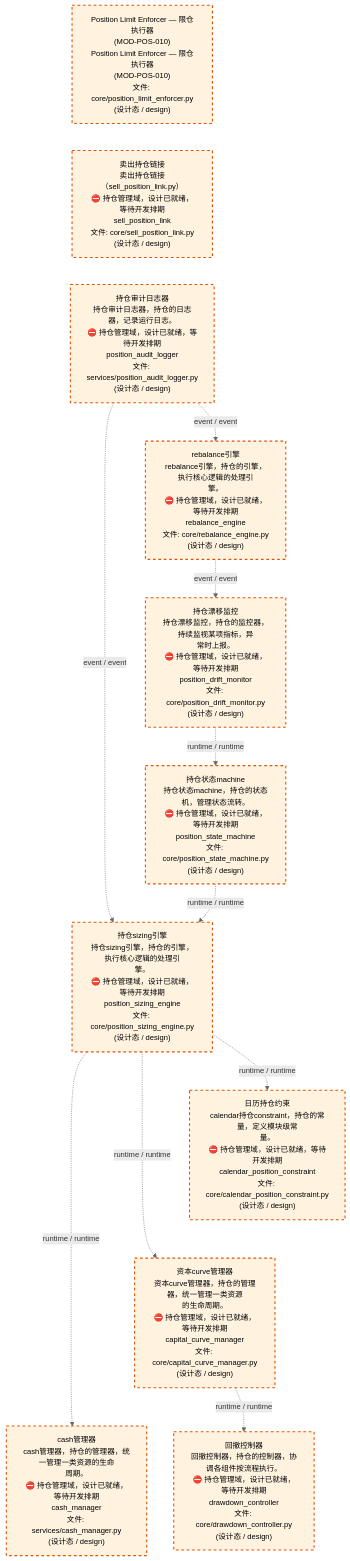
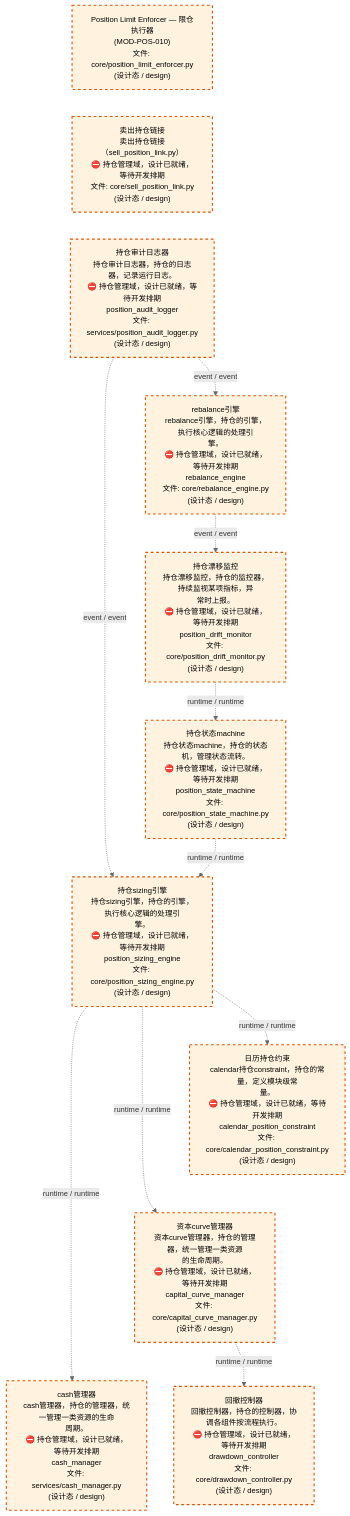
One commit to xuanFelixVan/ZephyrAlpha changed the third of 4 diagrams in docs/02_enterprise_architecture/02_domain_architecture_docs/64_d_position.md. Above: the diagram before and after it, drawn with Mermaid. The commit also changed other lines of this file and 60 other files, not shown here.

````diff
--- a/docs/02_enterprise_architecture/02_domain_architecture_docs/64_d_position.md
+++ b/docs/02_enterprise_architecture/02_domain_architecture_docs/64_d_position.md
@@ -118,33 +125,33 @@
 ```mermaid
 %%{init: {'theme': 'base', 'themeVariables': {'primaryColor': '#eaeaea', 'primaryTextColor': '#333333', 'primaryBorderColor': '#666666', 'lineColor': '#666666', 'secondaryColor': '#eaeaea', 'tertiaryColor': '#eaeaea', 'fontSize': '14px'}}}%%
 flowchart TD
-    src_zephyr_position_core_position_limit_enforcer_py["Position Limit Enforcer — 限仓执行器<br/>(MOD-POS-010)<br/>Position Limit Enforcer — 限仓执行器<br/>(MOD-POS-010)<br/>文件: core/position_limit_enforcer.py<br/>(设计态 / design)"]
-    src_zephyr_position_core_sell_position_link_py["卖出持仓链接<br/>卖出持仓链接（sell_position_link.py）<br/>⛔ 持仓管理域，设计已就绪，等待开发排期<br/>sell_position_link<br/>文件: core/sell_position_link.py<br/>(设计态 / design)"]
+    src_zephyr_position_core_position_limit_enforcer_py["Position Limit Enforcer — 限仓执行器<br/>(MOD-POS-010)<br/>文件: core/position_limit_enforcer.py<br/>(设计态 / design)"]
+    src_zephyr_position_core_sell_position_link_py["卖出持仓链接<br/>卖出持仓链接（sell_position_link.py）<br/>⛔ 持仓管理域，设计已就绪，等待开发排期<br/>文件: core/sell_position_link.py<br/>(设计态 / design)"]
     src_zephyr_position_services_position_audit_logger_py["持仓审计日志器<br/>持仓审计日志器，持仓的日志器，记录运行日志。<br/>⛔ 持仓管理域，设计已就绪，等待开发排期<br/>position_audit_logger<br/>文件: services/position_audit_logger.py<br/>(设计态 / design)"]
     src_zephyr_position_core_position_limit_enforcer_py ~~~ src_zephyr_position_core_sell_position_link_py
     src_zephyr_position_core_sell_position_link_py ~~~ src_zephyr_position_services_position_audit_logger_py
     src_zephyr_position_core_rebalance_engine_py["rebalance引擎<br/>rebalance引擎，持仓的引擎，执行核心逻辑的处理引<br/>擎。<br/>⛔ 持仓管理域，设计已就绪，等待开发排期<br/>rebalance_engine<br/>文件: core/rebalance_engine.py<br/>(设计态 / design)"]
     src_zephyr_position_core_position_drift_monitor_py["持仓漂移监控<br/>持仓漂移监控，持仓的监控器，持续监视某项指标，异<br/>常时上报。<br/>⛔ 持仓管理域，设计已就绪，等待开发排期<br/>position_drift_monitor<br/>文件: core/position_drift_monitor.py<br/>(设计态 / design)"]
     src_zephyr_position_core_position_state_machine_py["持仓状态machine<br/>持仓状态machine，持仓的状态机，管理状态流转。<br/>⛔ 持仓管理域，设计已就绪，等待开发排期<br/>position_state_machine<br/>文件: core/position_state_machine.py<br/>(设计态 / design)"]
     src_zephyr_position_core_position_sizing_engine_py["持仓sizing引擎<br/>持仓sizing引擎，持仓的引擎，执行核心逻辑的处理引<br/>擎。<br/>⛔ 持仓管理域，设计已就绪，等待开发排期<br/>position_sizing_engine<br/>文件: core/position_sizing_engine.py<br/>(设计态 / design)"]
     src_zephyr_position_core_calendar_position_constraint_py["日历持仓约束<br/>calendar持仓constraint，持仓的常量，定义模块级常<br/>量。<br/>⛔ 持仓管理域，设计已就绪，等待开发排期<br/>calendar_position_constraint<br/>文件: core/calendar_position_constraint.py<br/>(设计态 / design)"]
     src_zephyr_position_core_capital_curve_manager_py["资本curve管理器<br/>资本curve管理器，持仓的管理器，统一管理一类资源<br/>的生命周期。<br/>⛔ 持仓管理域，设计已就绪，等待开发排期<br/>capital_curve_manager<br/>文件: core/capital_curve_manager.py<br/>(设计态 / design)"]
     src_zephyr_position_services_cash_manager_py["cash管理器<br/>cash管理器，持仓的管理器，统一管理一类资源的生命<br/>周期。<br/>⛔ 持仓管理域，设计已就绪，等待开发排期<br/>cash_manager<br/>文件: services/cash_manager.py<br/>(设计态 / design)"]
     src_zephyr_position_core_calendar_position_constraint_py ~~~ src_zephyr_position_core_capital_curve_manager_py
     src_zephyr_position_core_capital_curve_manager_py ~~~ src_zephyr_position_services_cash_manager_py
     src_zephyr_position_core_drawdown_controller_py["回撤控制器<br/>回撤控制器，持仓的控制器，协调各组件按流程执行。<br/>⛔ 持仓管理域，设计已就绪，等待开发排期<br/>drawdown_controller<br/>文件: core/drawdown_controller.py<br/>(设计态 / design)"]
     src_zephyr_position_core_position_sizing_engine_py -.->|runtime / runtime| src_zephyr_position_services_cash_manager_py
     src_zephyr_position_core_position_sizing_engine_py -.->|runtime / runtime| src_zephyr_position_core_capital_curve_manager_py
     src_zephyr_position_core_position_sizing_engine_py -.->|runtime / runtime| src_zephyr_position_core_calendar_position_constraint_py
     src_zephyr_position_core_position_state_machine_py -.->|runtime / runtime| src_zephyr_position_core_position_sizing_engine_py
     src_zephyr_position_core_position_drift_monitor_py -.->|runtime / runtime| src_zephyr_position_core_position_state_machine_py
     src_zephyr_position_core_rebalance_engine_py -.->|event / event| src_zephyr_position_core_position_drift_monitor_py
     src_zephyr_position_core_capital_curve_manager_py -.->|runtime / runtime| src_zephyr_position_core_drawdown_controller_py
     src_zephyr_position_services_position_audit_logger_py -.->|event / event| src_zephyr_position_core_position_sizing_engine_py
     src_zephyr_position_services_position_audit_logger_py -.->|event / event| src_zephyr_position_core_rebalance_engine_py
     classDef production fill:#e1f5fe,stroke:#01579b,stroke-width:2px,color:#000
     classDef design fill:#fff3e0,stroke:#e65100,stroke-width:2px,color:#000,stroke-dasharray: 5 5
     classDef external_prod fill:#e8f4fd,stroke:#0277bd,stroke-width:1px,color:#000
     classDef external_design fill:#fff8e7,stroke:#ef6c00,stroke-width:1px,color:#000,stroke-dasharray: 5 5
     class src_zephyr_position_core_calendar_position_constraint_py,src_zephyr_position_core_capital_curve_manager_py,src_zephyr_position_core_drawdown_controller_py,src_zephyr_position_core_position_drift_monitor_py,src_zephyr_position_core_position_limit_enforcer_py,src_zephyr_position_core_position_sizing_engine_py,src_zephyr_position_core_position_state_machine_py,src_zephyr_position_core_rebalance_engine_py,src_zephyr_position_core_sell_position_link_py,src_zephyr_position_services_cash_manager_py,src_zephyr_position_services_position_audit_logger_py design
 ```
````
